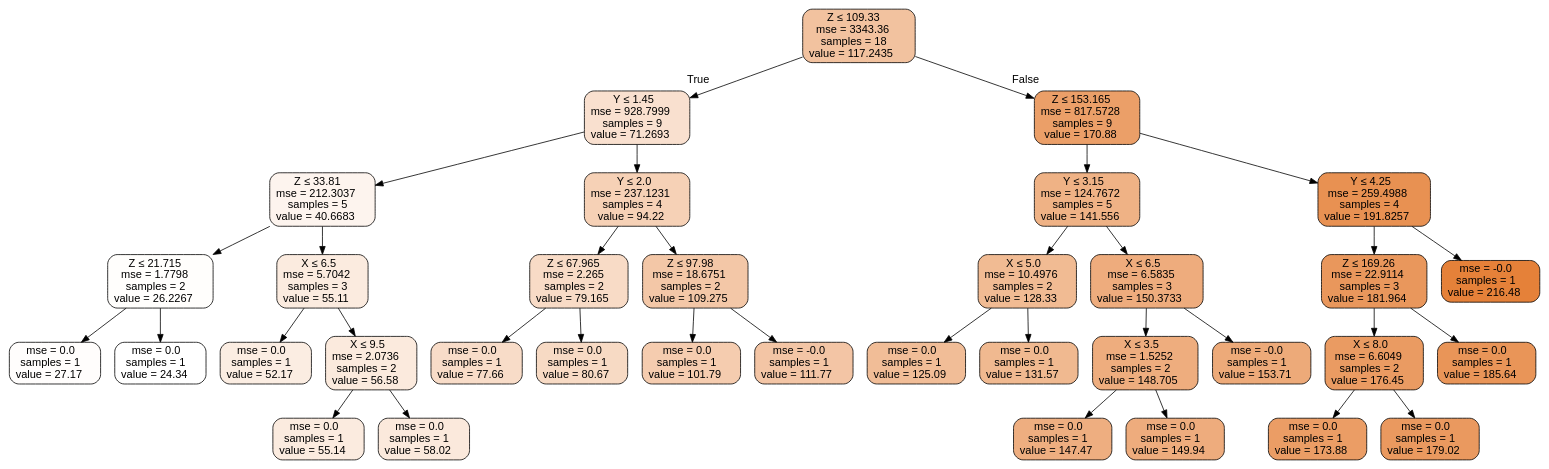
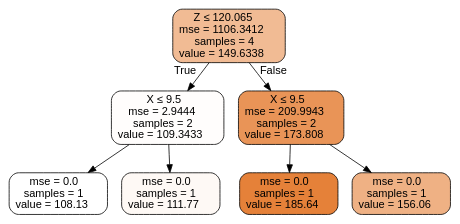
One commit to words-sdsc/IPPD changed the diagram in ProfilingData/estimator1_example.dot. Above: the diagram before and after it, drawn with Graphviz. The commit also changed 5 other files, not shown here.

```diff
--- a/ProfilingData/estimator1_example.dot
+++ b/ProfilingData/estimator1_example.dot
@@ -1,73 +1,17 @@
 digraph Tree {
 node [shape=box, style="filled, rounded", color="black", fontname=helvetica] ;
 edge [fontname=helvetica] ;
-0 [label=<Z &le; 109.33<br/>mse = 3343.36<br/>samples = 18<br/>value = 117.2435>, fillcolor="#e581397b"] ;
-1 [label=<Y &le; 1.45<br/>mse = 928.7999<br/>samples = 9<br/>value = 71.2693>, fillcolor="#e581393e"] ;
+0 [label=<Z &le; 120.065<br/>mse = 1106.3412<br/>samples = 4<br/>value = 149.6338>, fillcolor="#e5813989"] ;
+1 [label=<X &le; 9.5<br/>mse = 2.9444<br/>samples = 2<br/>value = 109.3433>, fillcolor="#e5813904"] ;
 0 -> 1 [labeldistance=2.5, labelangle=45, headlabel="True"] ;
-2 [label=<Z &le; 33.81<br/>mse = 212.3037<br/>samples = 5<br/>value = 40.6683>, fillcolor="#e5813916"] ;
+2 [label=<mse = 0.0<br/>samples = 1<br/>value = 108.13>, fillcolor="#e5813900"] ;
 1 -> 2 ;
-3 [label=<Z &le; 21.715<br/>mse = 1.7798<br/>samples = 2<br/>value = 26.2267>, fillcolor="#e5813903"] ;
-2 -> 3 ;
-4 [label=<mse = 0.0<br/>samples = 1<br/>value = 27.17>, fillcolor="#e5813904"] ;
-3 -> 4 ;
-5 [label=<mse = 0.0<br/>samples = 1<br/>value = 24.34>, fillcolor="#e5813900"] ;
-3 -> 5 ;
-6 [label=<X &le; 6.5<br/>mse = 5.7042<br/>samples = 3<br/>value = 55.11>, fillcolor="#e5813929"] ;
-2 -> 6 ;
-7 [label=<mse = 0.0<br/>samples = 1<br/>value = 52.17>, fillcolor="#e5813925"] ;
-6 -> 7 ;
-8 [label=<X &le; 9.5<br/>mse = 2.0736<br/>samples = 2<br/>value = 56.58>, fillcolor="#e581392b"] ;
-6 -> 8 ;
-9 [label=<mse = 0.0<br/>samples = 1<br/>value = 55.14>, fillcolor="#e5813929"] ;
-8 -> 9 ;
-10 [label=<mse = 0.0<br/>samples = 1<br/>value = 58.02>, fillcolor="#e581392d"] ;
-8 -> 10 ;
-11 [label=<Y &le; 2.0<br/>mse = 237.1231<br/>samples = 4<br/>value = 94.22>, fillcolor="#e581395d"] ;
-1 -> 11 ;
-12 [label=<Z &le; 67.965<br/>mse = 2.265<br/>samples = 2<br/>value = 79.165>, fillcolor="#e5813949"] ;
-11 -> 12 ;
-13 [label=<mse = 0.0<br/>samples = 1<br/>value = 77.66>, fillcolor="#e5813947"] ;
-12 -> 13 ;
-14 [label=<mse = 0.0<br/>samples = 1<br/>value = 80.67>, fillcolor="#e581394b"] ;
-12 -> 14 ;
-15 [label=<Z &le; 97.98<br/>mse = 18.6751<br/>samples = 2<br/>value = 109.275>, fillcolor="#e5813971"] ;
-11 -> 15 ;
-16 [label=<mse = 0.0<br/>samples = 1<br/>value = 101.79>, fillcolor="#e5813967"] ;
-15 -> 16 ;
-17 [label=<mse = -0.0<br/>samples = 1<br/>value = 111.77>, fillcolor="#e5813974"] ;
-15 -> 17 ;
-18 [label=<Z &le; 153.165<br/>mse = 817.5728<br/>samples = 9<br/>value = 170.88>, fillcolor="#e58139c2"] ;
-0 -> 18 [labeldistance=2.5, labelangle=-45, headlabel="False"] ;
-19 [label=<Y &le; 3.15<br/>mse = 124.7672<br/>samples = 5<br/>value = 141.556>, fillcolor="#e581399c"] ;
-18 -> 19 ;
-20 [label=<X &le; 5.0<br/>mse = 10.4976<br/>samples = 2<br/>value = 128.33>, fillcolor="#e581398a"] ;
-19 -> 20 ;
-21 [label=<mse = 0.0<br/>samples = 1<br/>value = 125.09>, fillcolor="#e5813986"] ;
-20 -> 21 ;
-22 [label=<mse = 0.0<br/>samples = 1<br/>value = 131.57>, fillcolor="#e581398e"] ;
-20 -> 22 ;
-23 [label=<X &le; 6.5<br/>mse = 6.5835<br/>samples = 3<br/>value = 150.3733>, fillcolor="#e58139a7"] ;
-19 -> 23 ;
-24 [label=<X &le; 3.5<br/>mse = 1.5252<br/>samples = 2<br/>value = 148.705>, fillcolor="#e58139a5"] ;
-23 -> 24 ;
-25 [label=<mse = 0.0<br/>samples = 1<br/>value = 147.47>, fillcolor="#e58139a3"] ;
-24 -> 25 ;
-26 [label=<mse = 0.0<br/>samples = 1<br/>value = 149.94>, fillcolor="#e58139a7"] ;
-24 -> 26 ;
-27 [label=<mse = -0.0<br/>samples = 1<br/>value = 153.71>, fillcolor="#e58139ac"] ;
-23 -> 27 ;
-28 [label=<Y &le; 4.25<br/>mse = 259.4988<br/>samples = 4<br/>value = 191.8257>, fillcolor="#e58139de"] ;
-18 -> 28 ;
-29 [label=<Z &le; 169.26<br/>mse = 22.9114<br/>samples = 3<br/>value = 181.964>, fillcolor="#e58139d1"] ;
-28 -> 29 ;
-30 [label=<X &le; 8.0<br/>mse = 6.6049<br/>samples = 2<br/>value = 176.45>, fillcolor="#e58139ca"] ;
-29 -> 30 ;
-31 [label=<mse = 0.0<br/>samples = 1<br/>value = 173.88>, fillcolor="#e58139c6"] ;
-30 -> 31 ;
-32 [label=<mse = 0.0<br/>samples = 1<br/>value = 179.02>, fillcolor="#e58139cd"] ;
-30 -> 32 ;
-33 [label=<mse = 0.0<br/>samples = 1<br/>value = 185.64>, fillcolor="#e58139d6"] ;
-29 -> 33 ;
-34 [label=<mse = -0.0<br/>samples = 1<br/>value = 216.48>, fillcolor="#e58139ff"] ;
-28 -> 34 ;
+3 [label=<mse = 0.0<br/>samples = 1<br/>value = 111.77>, fillcolor="#e581390c"] ;
+1 -> 3 ;
+4 [label=<X &le; 9.5<br/>mse = 209.9943<br/>samples = 2<br/>value = 173.808>, fillcolor="#e58139d8"] ;
+0 -> 4 [labeldistance=2.5, labelangle=-45, headlabel="False"] ;
+5 [label=<mse = 0.0<br/>samples = 1<br/>value = 185.64>, fillcolor="#e58139ff"] ;
+4 -> 5 ;
+6 [label=<mse = 0.0<br/>samples = 1<br/>value = 156.06>, fillcolor="#e581399e"] ;
+4 -> 6 ;
 }
```
